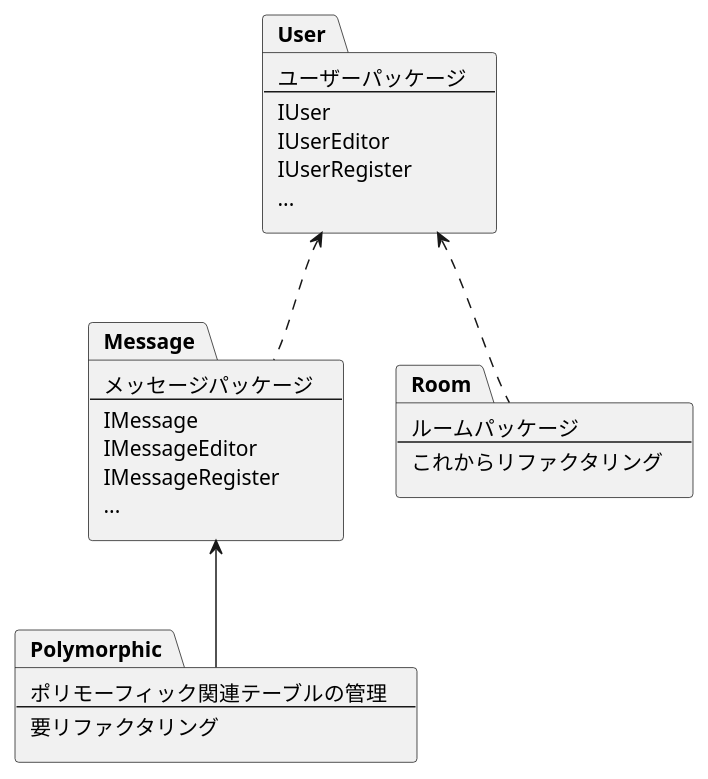
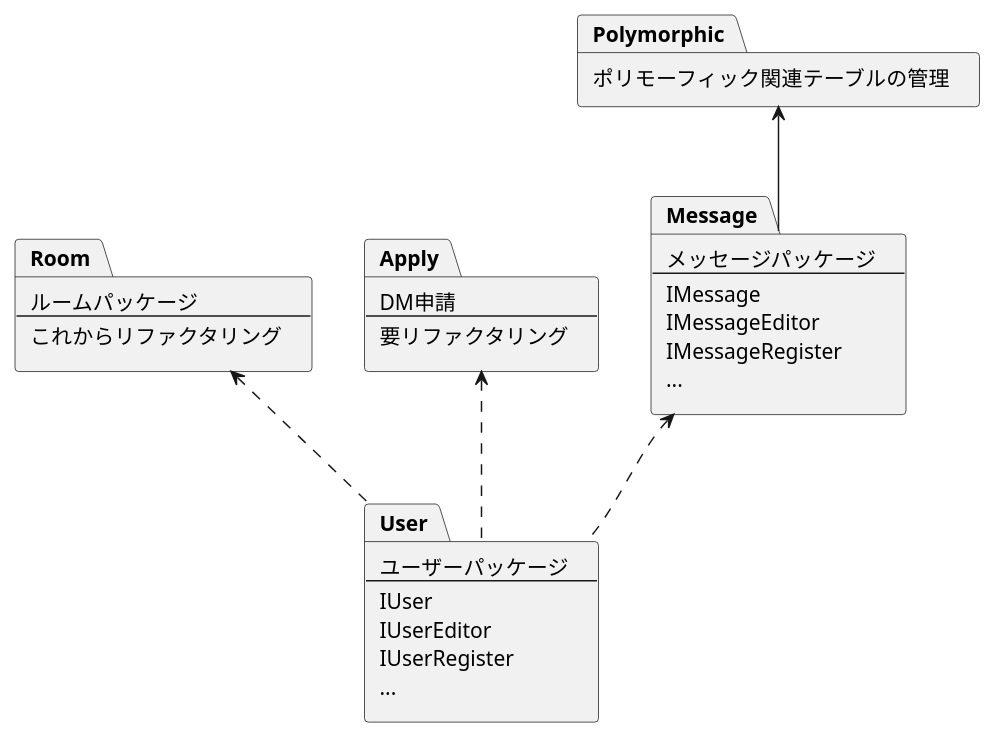
Before and after one commit to TOnodera/chatterman: the diagram in documents/plantUML/クラス図/クラス図-サーバー-.wsd, drawn with PlantUML. The commit also changed 10 other files, not shown here.

```diff
--- a/documents/plantUML/クラス図/クラス図-サーバー-.wsd
+++ b/documents/plantUML/クラス図/クラス図-サーバー-.wsd
@@ -1,36 +1,40 @@
 @startuml
 package Message[
     メッセージパッケージ
     --
     IMessage
     IMessageEditor
     IMessageRegister
     ...
 ]
 package Room[
     ルームパッケージ
     --
     これからリファクタリング
 ]
 package User[
     ユーザーパッケージ
     --
     IUser
     IUserEditor
     IUserRegister
     ...
 ]
-package Polymorphic[
-    ポリモーフィック関連テーブルの管理
+package Apply[
+    DM申請
     --
     要リファクタリング
 ]
+package Polymorphic[
+    ポリモーフィック関連テーブルの管理
+]
 
 
-User <.. Message
-User <.. Room
-Message <-- Polymorphic
+Message <.. User
+Room <.. User
+Apply <.. User
+Polymorphic <-- Message
 
 
 
 @enduml
```
